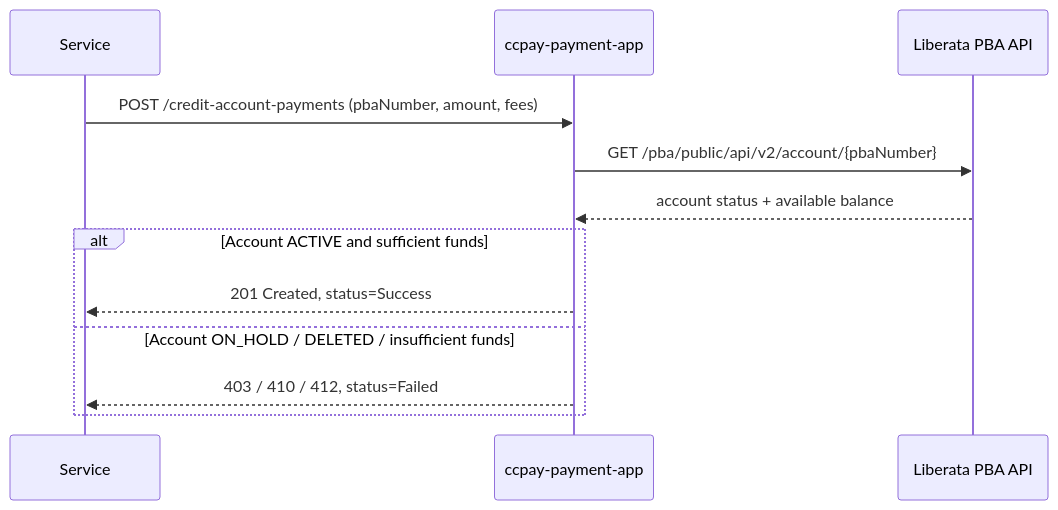
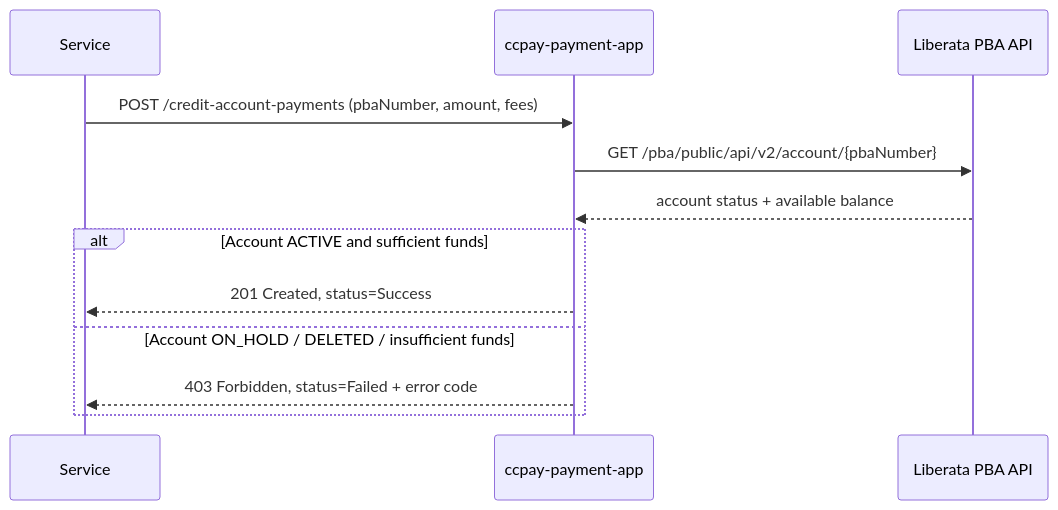
Before and after one commit to hmcts/cft-workspace: the second of 3 diagrams in apps/payment/docs/explanation/payment-lifecycle.md, drawn with Mermaid. The commit also changed other lines of this file and 16 other files, not shown here.

````diff
--- a/apps/payment/docs/explanation/payment-lifecycle.md
+++ b/apps/payment/docs/explanation/payment-lifecycle.md
@@ -156,15 +175,15 @@
 ```mermaid
 sequenceDiagram
     participant Caller as Service
     participant PayAPI as ccpay-payment-app
     participant Liberata as Liberata PBA API
 
     Caller->>PayAPI: POST /credit-account-payments (pbaNumber, amount, fees)
     PayAPI->>Liberata: GET /pba/public/api/v2/account/{pbaNumber}
     Liberata-->>PayAPI: account status + available balance
     alt Account ACTIVE and sufficient funds
         PayAPI-->>Caller: 201 Created, status=Success
     else Account ON_HOLD / DELETED / insufficient funds
-        PayAPI-->>Caller: 403 / 410 / 412, status=Failed
+        PayAPI-->>Caller: 403 Forbidden, status=Failed + error code
     end
 ```
````
